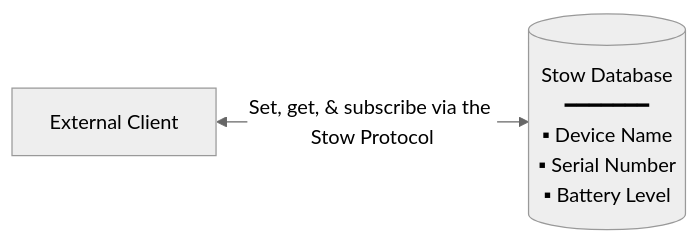
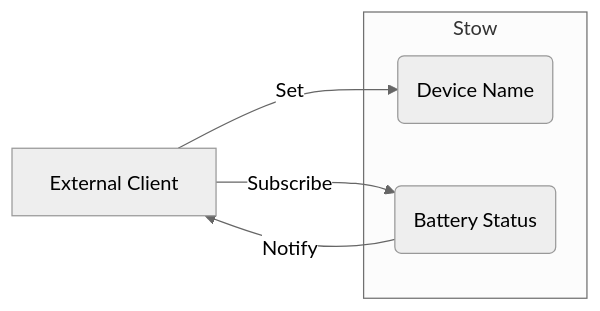
Before and after one commit to Demizo/Gantry: the fourth of 4 diagrams in docs/source/stow/index.rst, drawn with Mermaid. The commit also changed other lines of this file and 1 other file, not shown here.

Commit message:
docs: add a stow learning resource

```diff
--- a/docs/source/stow/index.rst
+++ b/docs/source/stow/index.rst
@@ -47,9 +90,12 @@
 .. mermaid::
 
-    %%{init: {"theme": "neutral"}}%%
-    graph LR
-        %% The Central Core with Items Inside
-        Stow[("Stow Database<br>━━━━━━━<br>▪ Device Name<br>▪ Serial Number<br>▪ Battery Level")]
-
-        %% External Interface
-        Ext["External Client"] <-->|Set, get, & subscribe via the Stow Protocol| Stow
+   %%{init: {"theme": "neutral"}}%%
+   graph LR
+    C["External Client"]
+    subgraph Stow
+       N("Device Name")
+       B("Battery Status")
+    end
+       C -->|Set| N
+       C -->|Subscribe| B
+       B --> |Notify| C
```
